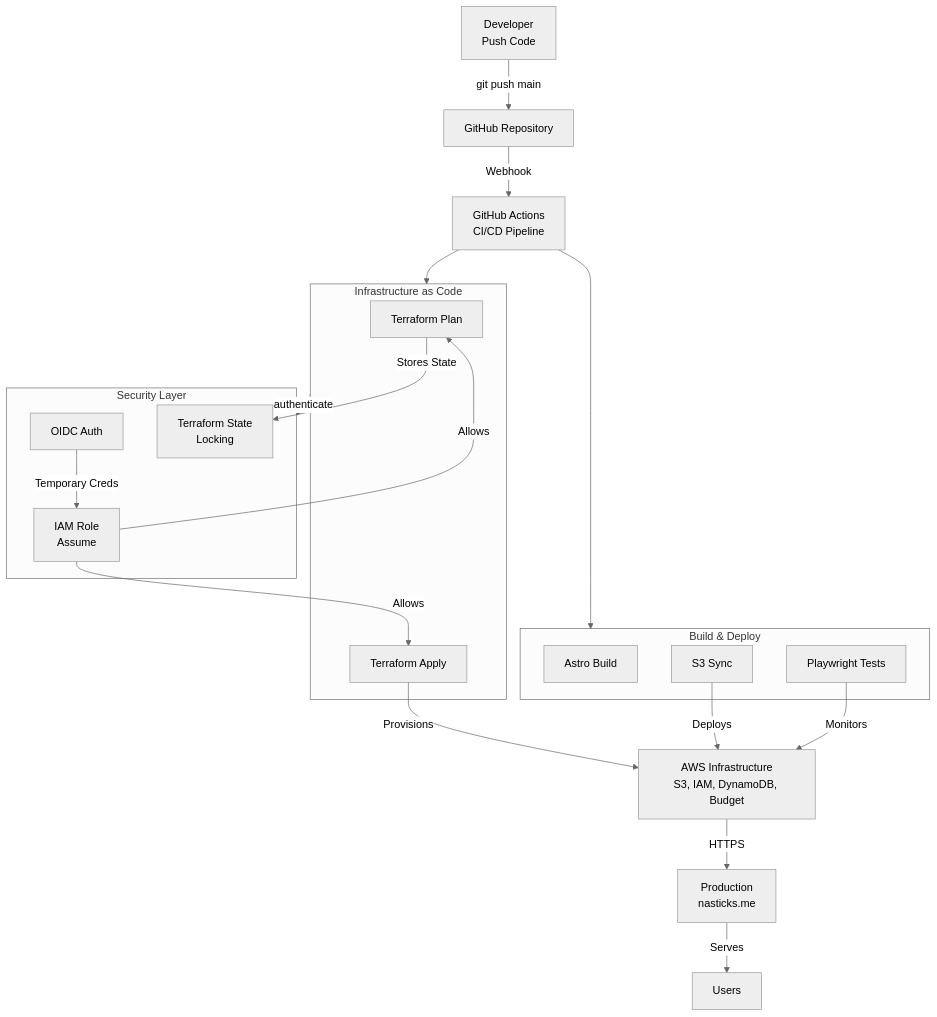
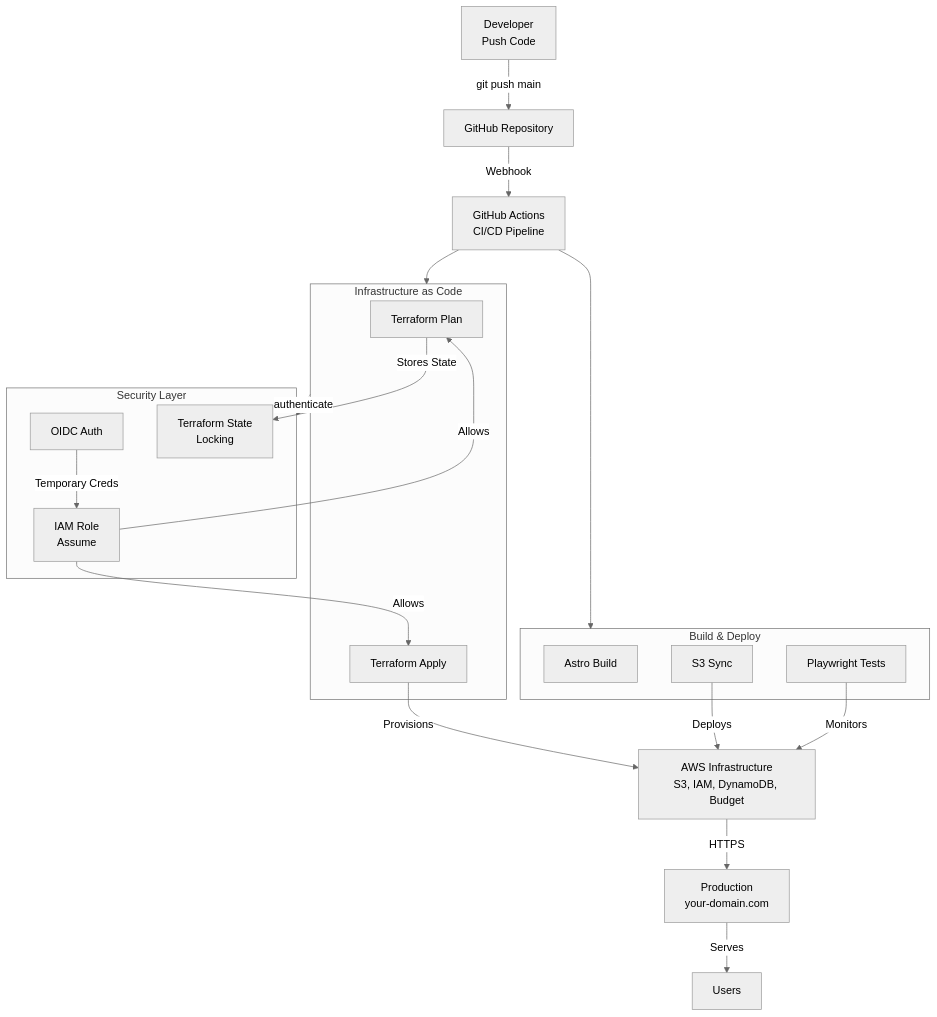
The diagram in blog/devops-cloud/portfolio-devops-zero-cost.mdx (Nasticks/docs-nasticks), drawn with Mermaid (neutral theme) before and after one commit. The commit also changed other lines of this file and 6 other files, not shown here.

````diff
--- a/blog/devops-cloud/portfolio-devops-zero-cost.mdx
+++ b/blog/devops-cloud/portfolio-devops-zero-cost.mdx
@@ -106,38 +107,38 @@
 ```mermaid
 graph TD
     A["Developer<br/>Push Code"] -->|git push main| B["GitHub Repository"]
     B -->|Webhook| C["GitHub Actions<br/>CI/CD Pipeline"]
     
     subgraph IaC["Infrastructure as Code"]
         D["Terraform Plan"]
         E["Terraform Apply"]
     end
     
     subgraph Build["Build & Deploy"]
         F["Astro Build"]
         G["S3 Sync"]
         H["Playwright Tests"]
     end
     
     subgraph Security["Security Layer"]
         I["OIDC Auth"]
         J["Terraform State<br/>Locking"]
         K["IAM Role<br/>Assume"]
     end
     
     C --> IaC
     C --> Build
     IaC -.->|authenticate| Security
     
     I -->|Temporary Creds| K
     K -->|Allows| D
     K -->|Allows| E
     D -->|Stores State| J
     
     E -->|Provisions| AWS["AWS Infrastructure<br/>S3, IAM, DynamoDB, Budget"]
     G -->|Deploys| AWS
     H -->|Monitors| AWS
     
-    AWS -->|HTTPS| Website["Production<br/>nasticks.me"]
+    AWS -->|HTTPS| Website["Production<br/>your-domain.com"]
     Website -->|Serves| Users["Users"]
 ```
````
